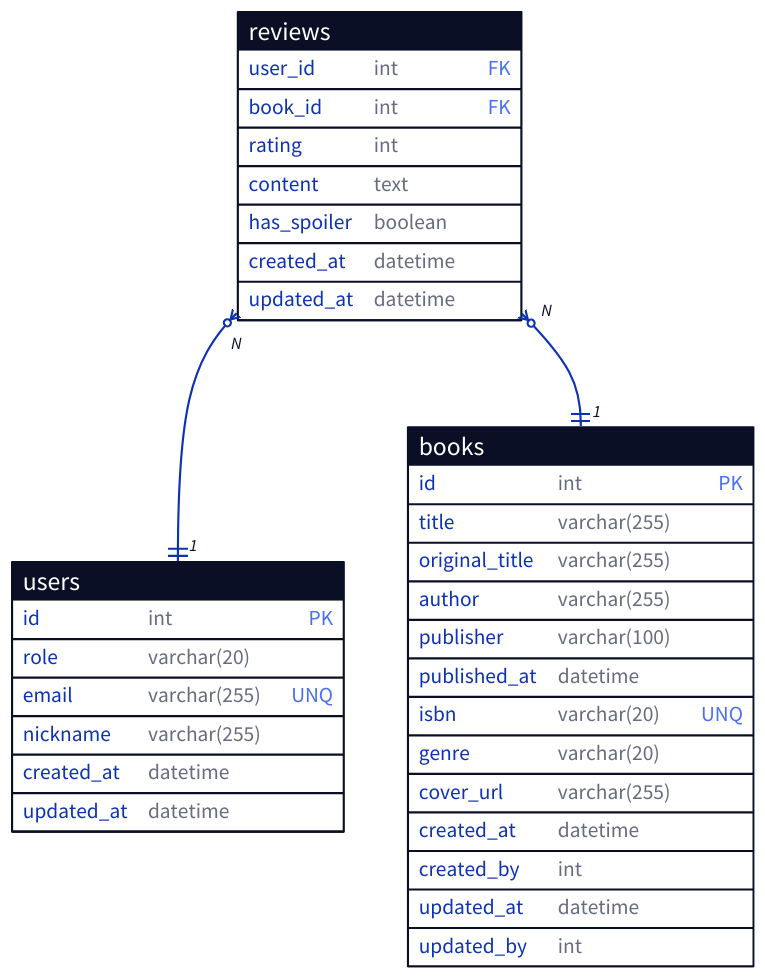
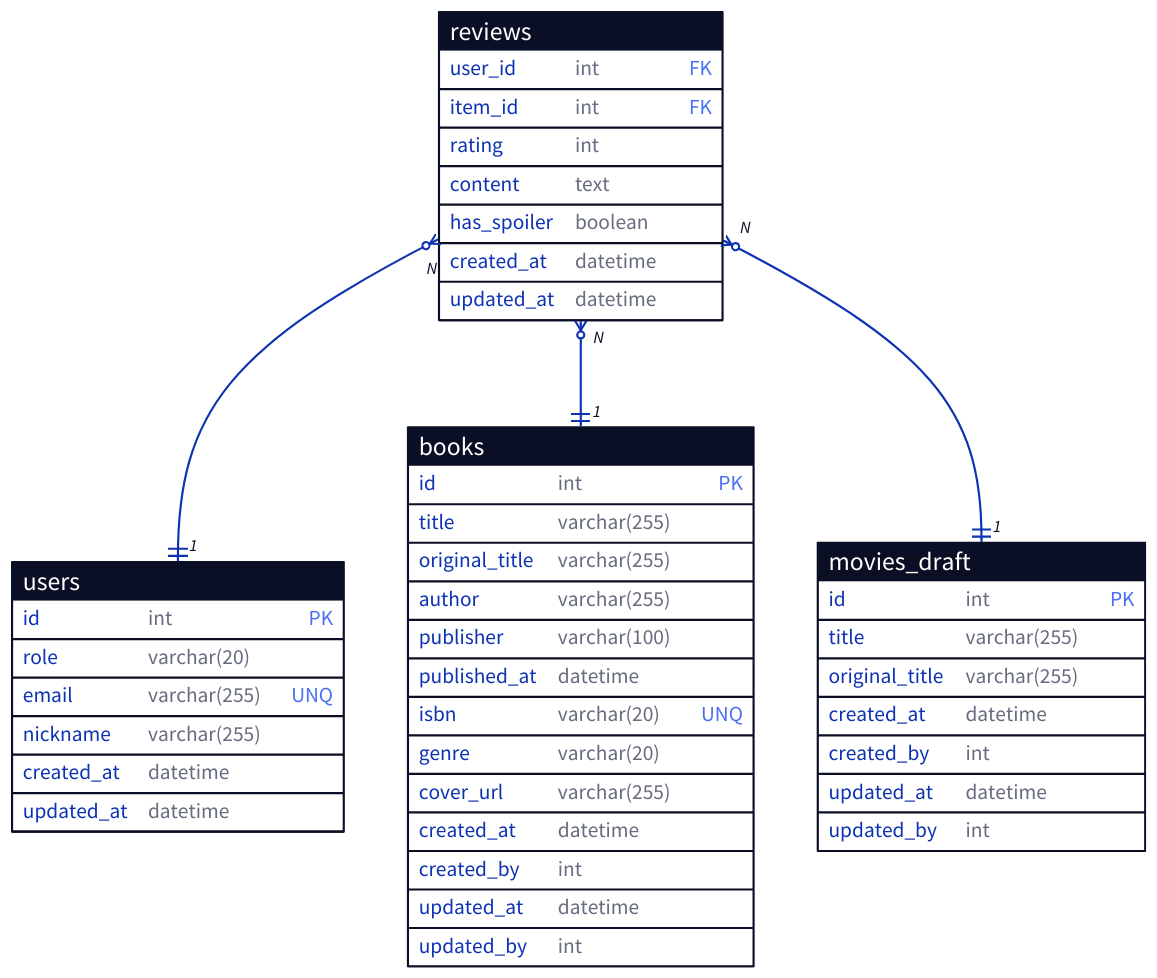
Before and after one commit to injuk/mjis-content-box: the diagram in resources/erd.d2, drawn with D2. The commit also changed 1 other file, not shown here.

Commit message:
chore: erd 수정

```diff
--- a/resources/erd.d2
+++ b/resources/erd.d2
@@ -1,64 +1,86 @@
 users: {
   shape: sql_table
 
   id: int { constraint: primary_key }
 
   role: varchar(20)
   email: varchar(255) { constraint: unique }
   nickname: varchar(255)
 
   created_at: datetime
   updated_at: datetime
 }
 
 books: {
   shape: sql_table
 
   id: int { constraint: primary_key }
 
   title: varchar(255)
   original_title: varchar(255)
   author: varchar(255)
   publisher: varchar(100)
   published_at: datetime
 
   isbn: varchar(20) { constraint: unique }
   genre: varchar(20)
   cover_url: varchar(255)
 
   created_at: datetime
   created_by: int
   updated_at: datetime
   updated_by: int
 }
 
+movies_draft: {
+  shape: sql_table
+
+  id: int { constraint: primary_key }
+
+  title: varchar(255)
+  original_title: varchar(255)
+
+  created_at: datetime
+  created_by: int
+  updated_at: datetime
+  updated_by: int
+}
+
 reviews: {
   shape: sql_table
 
   user_id: int { constraint: foreign_key }
-  book_id: int { constraint: foreign_key }
+  item_id: int { constraint: foreign_key }
 
   rating: int
   content: text
   has_spoiler: boolean
 
   created_at: datetime
   updated_at: datetime
 }
 
 reviews.user_id <-> users.id {
   source-arrowhead: N {
     shape: cf-many
   }
   target-arrowhead: 1 {
     shape: cf-one-required
   }
 }
-reviews.book_id <-> books.id {
+reviews.item_id <-> books.id {
   source-arrowhead: N {
     shape: cf-many
   }
   target-arrowhead: 1 {
     shape: cf-one-required
   }
 }
+reviews.item_id <-> movies_draft.id {
+  source-arrowhead: N {
+    shape: cf-many
+  }
+  target-arrowhead: 1 {
+    shape: cf-one-required
+  }
+}
```
